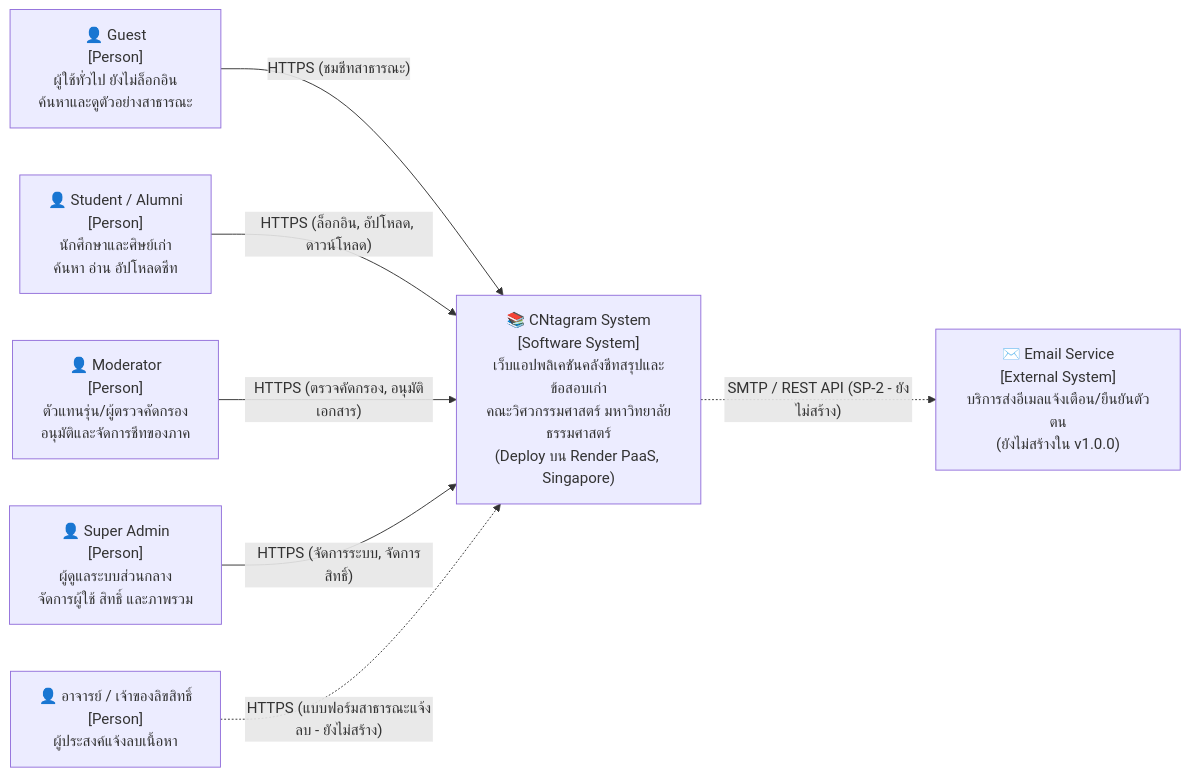
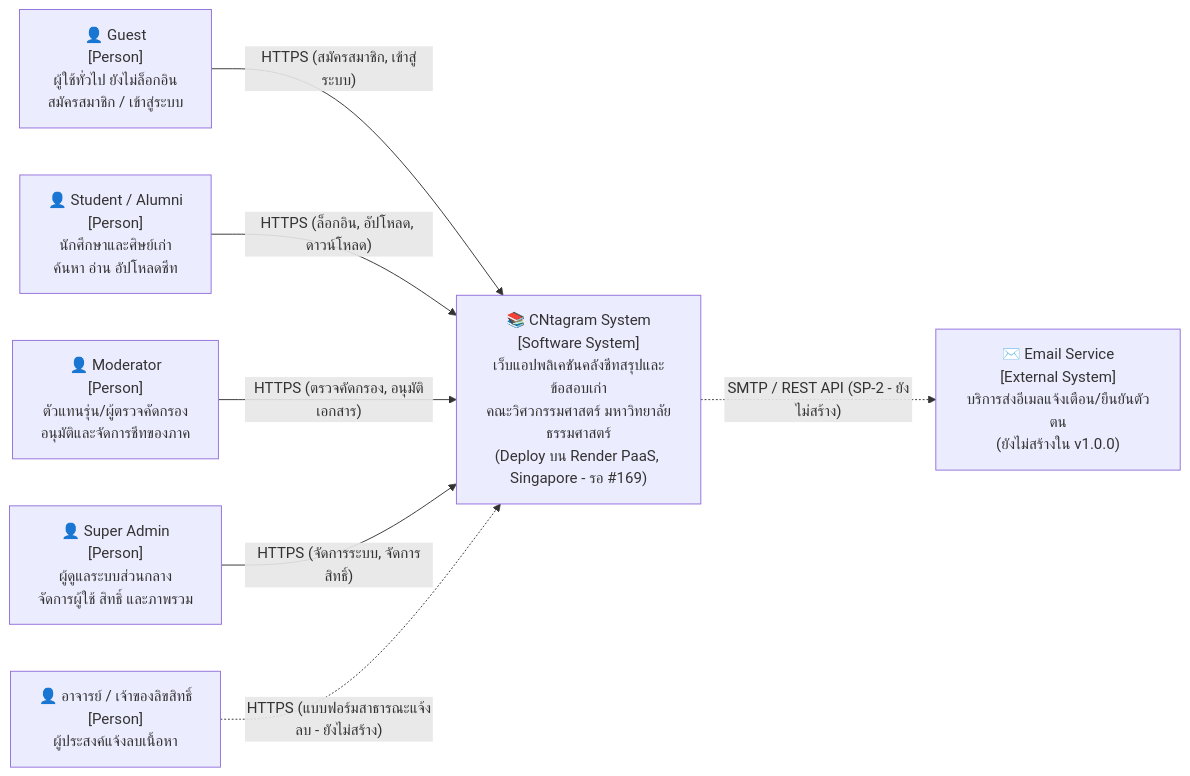
One commit to Jupiter4428/cntagram changed the first of 2 diagrams in _docs/architecture/c4.md. Above: the diagram before and after it, drawn with Mermaid. The commit also changed other lines of this file, not shown here.

Commit message:
docs(c4): address review feedback on dependencies, roles, and production cloud architecture (Refs #140)

````diff
--- a/_docs/architecture/c4.md
+++ b/_docs/architecture/c4.md
@@ -12,19 +12,19 @@
 ```mermaid
 flowchart LR
-    G["👤 Guest<br/>[Person]<br/>ผู้ใช้ทั่วไป ยังไม่ล็อกอิน<br/>ค้นหาและดูตัวอย่างสาธารณะ"]
+    G["👤 Guest<br/>[Person]<br/>ผู้ใช้ทั่วไป ยังไม่ล็อกอิน<br/>สมัครสมาชิก / เข้าสู่ระบบ"]
     S["👤 Student / Alumni<br/>[Person]<br/>นักศึกษาและศิษย์เก่า<br/>ค้นหา อ่าน อัปโหลดชีท"]
     M["👤 Moderator<br/>[Person]<br/>ตัวแทนรุ่น/ผู้ตรวจคัดกรอง<br/>อนุมัติและจัดการชีทของภาค"]
     A["👤 Super Admin<br/>[Person]<br/>ผู้ดูแลระบบส่วนกลาง<br/>จัดการผู้ใช้ สิทธิ์ และภาพรวม"]
     C["👤 อาจารย์ / เจ้าของลิขสิทธิ์<br/>[Person]<br/>ผู้ประสงค์แจ้งลบเนื้อหา"]
 
-    SYS["📚 CNtagram System<br/>[Software System]<br/>เว็บแอปพลิเคชันคลังชีทสรุปและข้อสอบเก่า<br/>คณะวิศวกรรมศาสตร์ มหาวิทยาลัยธรรมศาสตร์<br/>(Deploy บน Render PaaS, Singapore)"]
+    SYS["📚 CNtagram System<br/>[Software System]<br/>เว็บแอปพลิเคชันคลังชีทสรุปและข้อสอบเก่า<br/>คณะวิศวกรรมศาสตร์ มหาวิทยาลัยธรรมศาสตร์<br/>(Deploy บน Render PaaS, Singapore - รอ #169)"]
 
     MAIL["✉️ Email Service<br/>[External System]<br/>บริการส่งอีเมลแจ้งเตือน/ยืนยันตัวตน<br/>(ยังไม่สร้างใน v1.0.0)"]
 
-    G -- "HTTPS (ชมชีทสาธารณะ)" --> SYS
+    G -- "HTTPS (สมัครสมาชิก, เข้าสู่ระบบ)" --> SYS
     S -- "HTTPS (ล็อกอิน, อัปโหลด, ดาวน์โหลด)" --> SYS
     M -- "HTTPS (ตรวจคัดกรอง, อนุมัติเอกสาร)" --> SYS
     A -- "HTTPS (จัดการระบบ, จัดการสิทธิ์)" --> SYS
     C -. "HTTPS (แบบฟอร์มสาธารณะแจ้งลบ - ยังไม่สร้าง)" .-> SYS
     SYS -. "SMTP / REST API (SP-2 - ยังไม่สร้าง)" .-> MAIL
 ```
````
